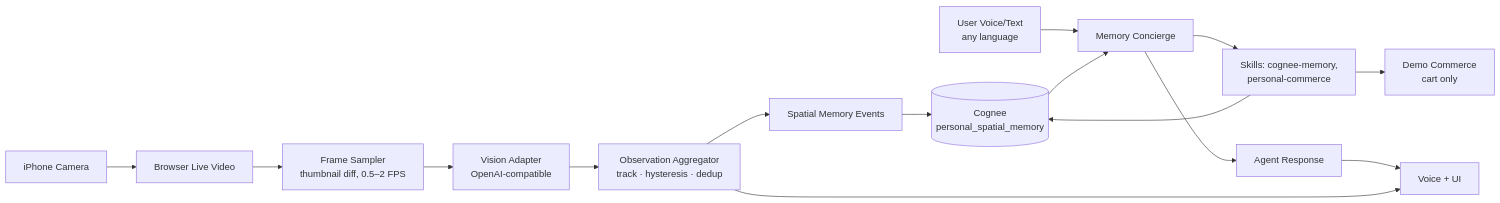
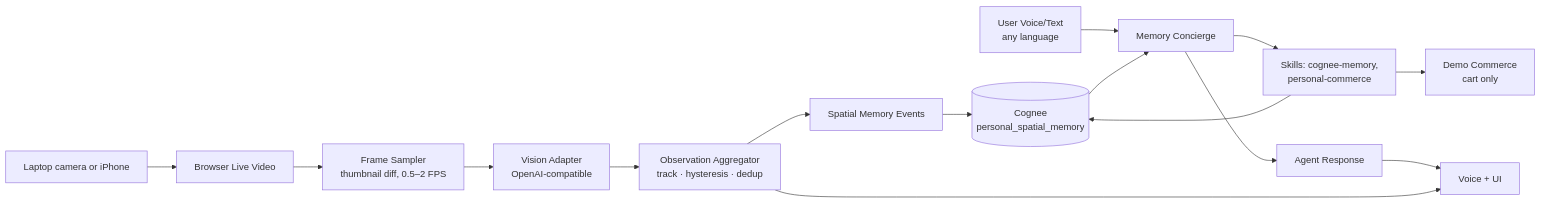
One commit to roshaninfordham/recalllens changed the diagram in README.md. Above: the diagram before and after it, drawn with Mermaid. The commit also changed other lines of this file and 7 other files, not shown here.

Commit message:
docs: screenshots of every screen from the end-to-end run; laptop camera first, iPhone optional; photo credits

````diff
--- a/README.md
+++ b/README.md
@@ -14,17 +29,17 @@
 ```mermaid
 flowchart LR
-    A[iPhone Camera] --> B[Browser Live Video]
+    A[Laptop camera or iPhone] --> B[Browser Live Video]
     B --> C[Frame Sampler<br/>thumbnail diff, 0.5–2 FPS]
     C --> D[Vision Adapter<br/>OpenAI-compatible]
     D --> E[Observation Aggregator<br/>track · hysteresis · dedup]
     E --> F[Spatial Memory Events]
     F --> G[(Cognee<br/>personal_spatial_memory)]
     H[User Voice/Text<br/>any language] --> I[Memory Concierge]
     G --> I
     I --> J[Skills: cognee-memory,<br/>personal-commerce]
     J --> G
     J --> K[Demo Commerce<br/>cart only]
     I --> L[Agent Response]
     L --> M[Voice + UI]
     E --> M
 ```
````
